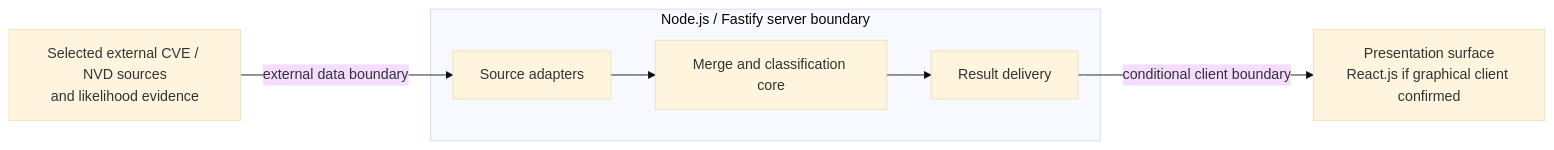
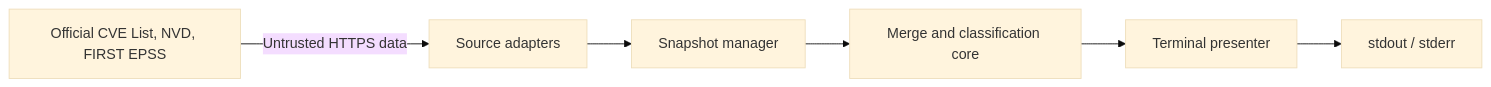
Before and after one commit to jmanico/nvd-envy: the diagram in ARCHITECTURE.md, drawn with Mermaid (base theme). The commit also changed other lines of this file and 5 other files, not shown here.

````diff
--- a/ARCHITECTURE.md
+++ b/ARCHITECTURE.md
@@ -44,9 +26,8 @@
 ```mermaid
 flowchart LR
-    S[Selected external CVE / NVD sources<br/>and likelihood evidence] -->|external data boundary| A[Source adapters]
-    subgraph Server[Node.js / Fastify server boundary]
-        A --> C[Merge and classification core]
-        C --> F[Result delivery]
-    end
-    F -->|conditional client boundary| P[Presentation surface<br/>React.js if graphical client confirmed]
+    E[Official CVE List, NVD, FIRST EPSS] -->|Untrusted HTTPS data| A[Source adapters]
+    A --> S[Snapshot manager]
+    S --> C[Merge and classification core]
+    C --> P[Terminal presenter]
+    P --> O[stdout / stderr]
 ```
````
